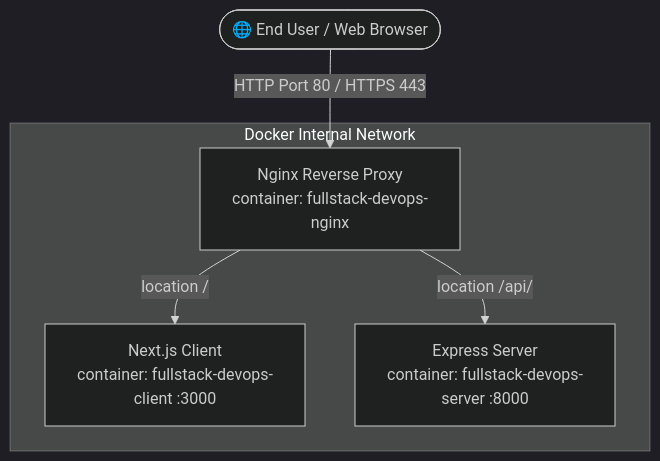
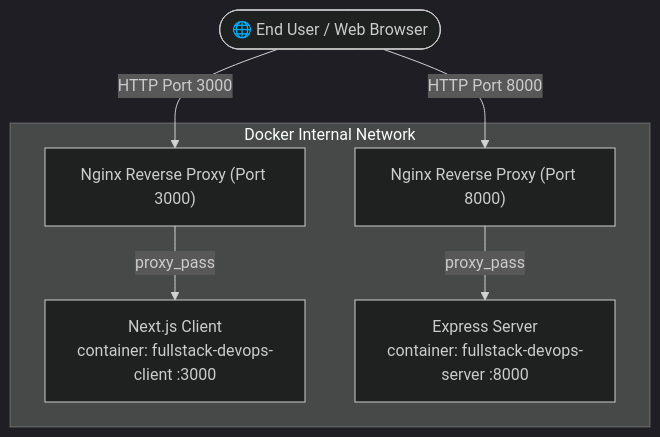
One commit to lKylelUndo/fullstack-devops changed the diagram in docs/DEVOPS_SETUP.md. Above: the diagram before and after it, drawn with Mermaid (dark theme). The commit also changed other lines of this file and 1 other file, not shown here.

Commit message:
docs: add Socket.io and DevOps architecture setup guides

````diff
--- a/docs/DEVOPS_SETUP.md
+++ b/docs/DEVOPS_SETUP.md
@@ -13,9 +13,10 @@
 ```mermaid
 flowchart TD
-    User(["🌐 End User / Web Browser"]) -->|HTTP Port 80 / HTTPS 443| Nginx["Nginx Reverse Proxy\ncontainer: fullstack-devops-nginx"]
+    User(["🌐 End User / Web Browser"]) -->|HTTP Port 3000| Nginx3000["Nginx Reverse Proxy (Port 3000)"]
+    User -->|HTTP Port 8000| Nginx8000["Nginx Reverse Proxy (Port 8000)"]
     
     subgraph docker_network ["Docker Internal Network"]
-        Nginx -->|location /| Client["Next.js Client\ncontainer: fullstack-devops-client :3000"]
-        Nginx -->|location /api/| Server["Express Server\ncontainer: fullstack-devops-server :8000"]
+        Nginx3000 -->|proxy_pass| Client["Next.js Client\ncontainer: fullstack-devops-client :3000"]
+        Nginx8000 -->|proxy_pass| Server["Express Server\ncontainer: fullstack-devops-server :8000"]
     end
 ```
````
